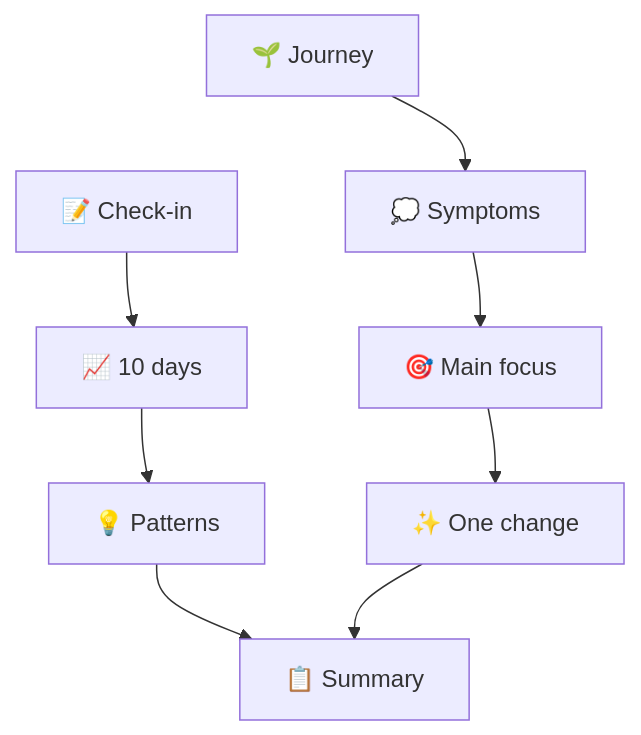
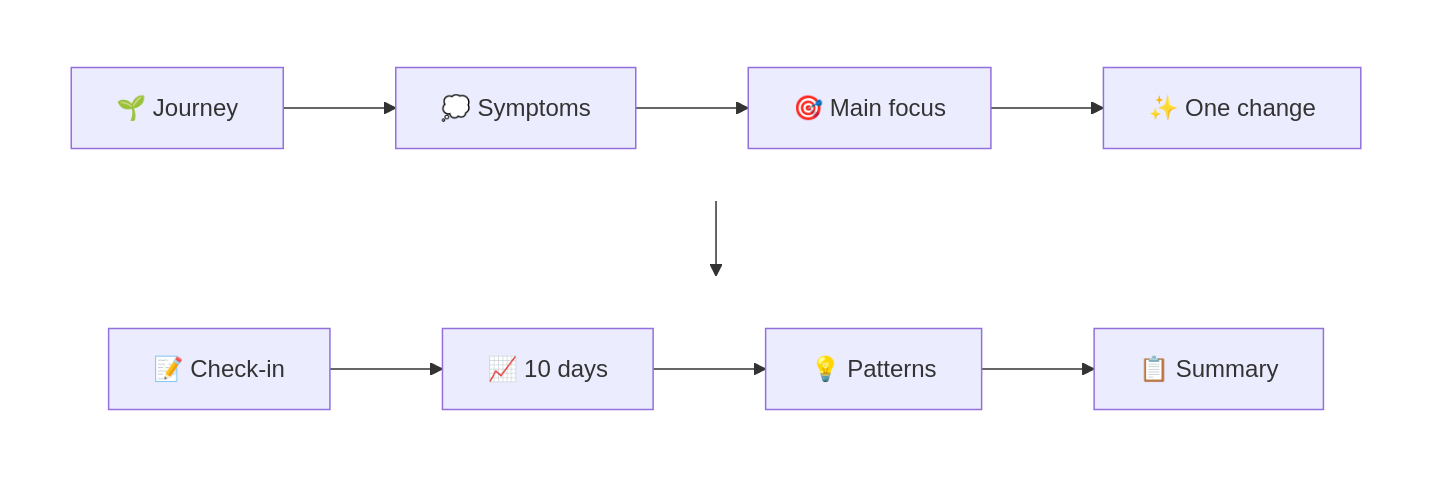
One commit to Huth-P/vitality-flow-splash changed the diagram in README.md. Above: the diagram before and after it, drawn with Mermaid.

Commit message:
Refactor flowchart in README.md
Updated flowchart structure and styling in README.

````diff
--- a/README.md
+++ b/README.md
@@ -29,14 +29,18 @@
 ```mermaid
 flowchart TB
 
-    A["🌱 Journey"] --> B["💭 Symptoms"] --> C["🎯 Main focus"] --> D["✨ One change"]
+    subgraph ROW1[" "]
+        direction LR
+        A["🌱 Journey"] --> B["💭 Symptoms"] --> C["🎯 Main focus"] --> D["✨ One change"]
+    end
 
-    E["📝 Check-in"] --> F["📈 10 days"] --> G["💡 Patterns"] --> H["📋 Summary"]
+    subgraph ROW2[" "]
+        direction LR
+        E["📝 Check-in"] --> F["📈 10 days"] --> G["💡 Patterns"] --> H["📋 Summary"]
+    end
 
-    D --> H
+    D --> E
 
-    A ~~~ E
-    B ~~~ F
-    C ~~~ G
-    D ~~~ H
+    style ROW1 fill:transparent,stroke:transparent
+    style ROW2 fill:transparent,stroke:transparent
 ```
````
